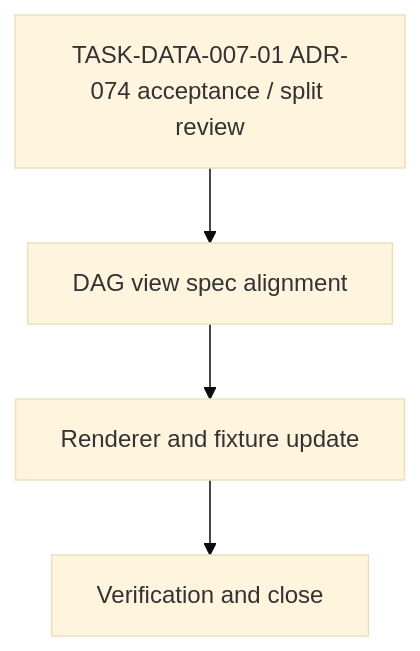
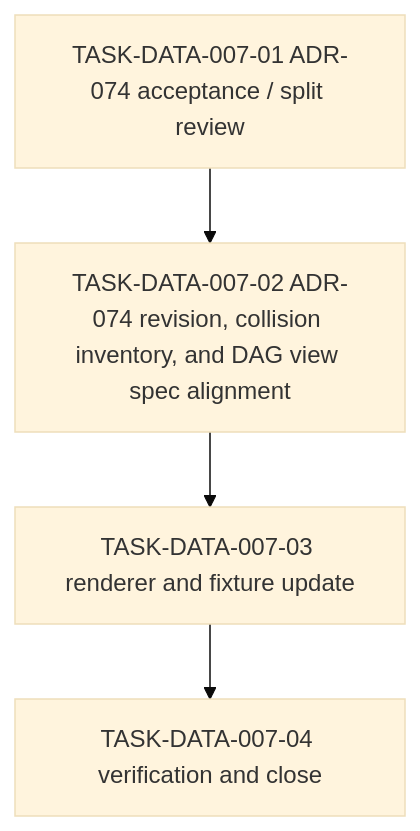
One commit to hiroshiasayadev-prog/brewprint changed the diagram in docs/work-items/data/WORK-DATA-007-dag-asset-typeref-hint-render-support.md. Above: the diagram before and after it, drawn with Mermaid (base theme). The commit also changed other lines of this file and 18 other files, not shown here.

First line of the commit message:
feat(data): implement DAG asset TypeRef hint rendering

````diff
--- a/docs/work-items/data/WORK-DATA-007-dag-asset-typeref-hint-render-support.md
+++ b/docs/work-items/data/WORK-DATA-007-dag-asset-typeref-hint-render-support.md
@@ -54,8 +60,8 @@
 ```mermaid
 flowchart TD
   T1["TASK-DATA-007-01 ADR-074 acceptance / split review"]
-  T2["DAG view spec alignment"]
-  T3["Renderer and fixture update"]
-  T4["Verification and close"]
+  T2["TASK-DATA-007-02 ADR-074 revision, collision inventory, and DAG view spec alignment"]
+  T3["TASK-DATA-007-03 renderer and fixture update"]
+  T4["TASK-DATA-007-04 verification and close"]
   T1 --> T2 --> T3 --> T4
 ```
````
